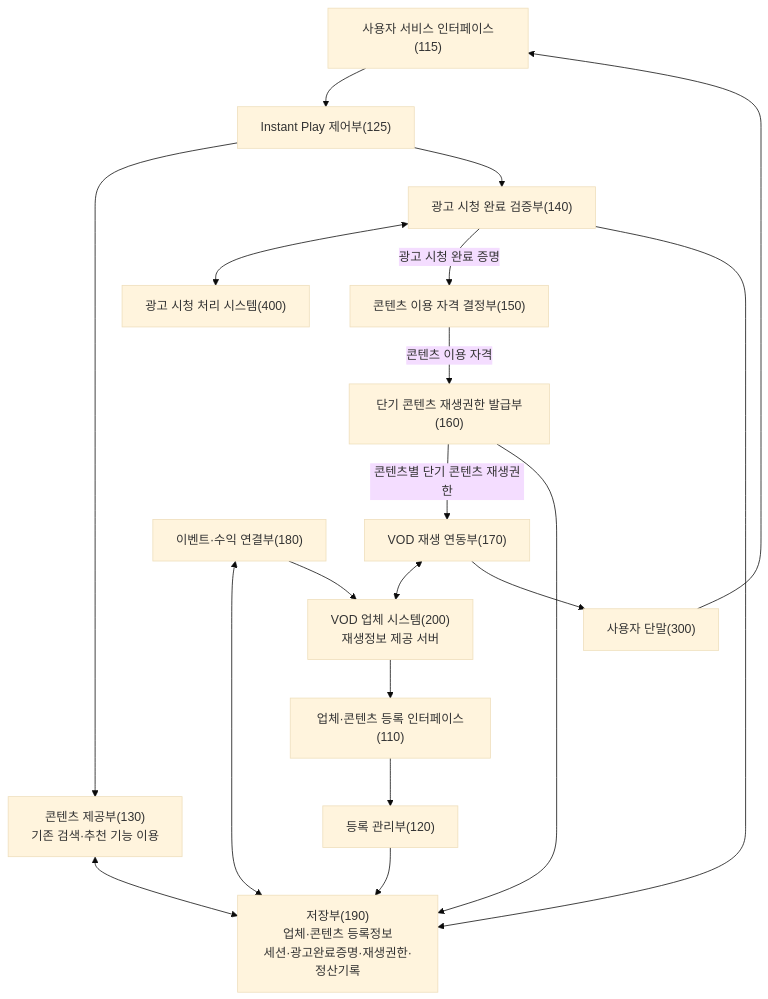
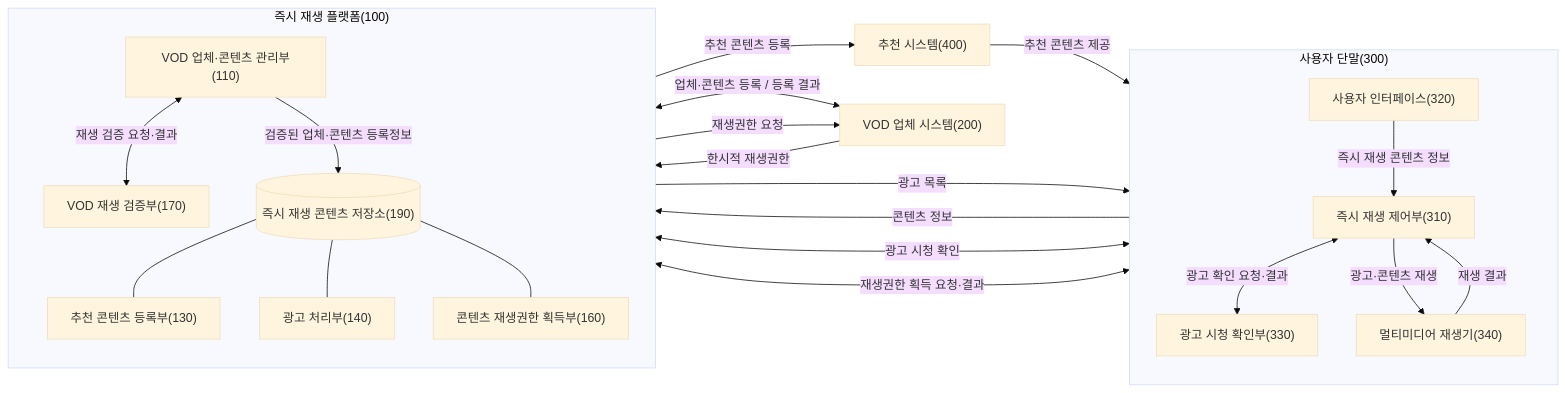
Before and after one commit to growdai1y/instant-play: the first of 4 diagrams in instant_play_platform.md, drawn with Mermaid (base theme). The commit also changed other lines of this file and 2 other files, not shown here.

Commit message:
Update InstantPlay patent documentation

```diff
--- a/instant_play_platform.md
+++ b/instant_play_platform.md
@@ -123,40 +108,44 @@
 ~~~mermaid
-flowchart TB
-    VI["업체·콘텐츠 등록 인터페이스(110)"]
-    UI["사용자 서비스 인터페이스(115)"]
+flowchart LR
+    RECOMMEND["추천 시스템(400)"]
+    VOD["VOD 업체 시스템(200)"]
 
-    REG["등록 관리부(120)"]
-    CTRL["Instant Play 제어부(125)"]
-    DISC["콘텐츠 제공부(130)<br/>기존 검색·추천 기능 이용"]
-    VERIFY["광고 시청 완료 검증부(140)"]
-    ENT["콘텐츠 이용 자격 결정부(150)"]
-    GRANT["단기 콘텐츠 재생권한 발급부(160)"]
-    PLAY["VOD 재생 연동부(170)"]
-    SHARE["이벤트·수익 연결부(180)"]
-    STORE["저장부(190)<br/>업체·콘텐츠 등록정보<br/>세션·광고완료증명·재생권한·정산기록"]
+    subgraph DEVICE["사용자 단말(300)"]
+        direction TB
+        UI["사용자 인터페이스(320)"]
+        CTRL["즉시 재생 제어부(310)"]
+        ADCHECK["광고 시청 확인부(330)"]
+        PLAYER["멀티미디어 재생기(340)"]
 
-    VOD["VOD 업체 시스템(200)<br/>재생정보 제공 서버"]
-    USER["사용자 단말(300)"]
-    AD["광고 시청 처리 시스템(400)"]
+        UI -->|"즉시 재생 콘텐츠 정보"| CTRL
+        CTRL <-->|"광고 확인 요청·결과"| ADCHECK
+        CTRL -->|"광고·콘텐츠 재생"| PLAYER
+        PLAYER -->|"재생 결과"| CTRL
+    end
 
-    VOD --> VI
-    VI --> REG
-    REG --> STORE
+    subgraph PLATFORM["즉시 재생 플랫폼(100)"]
+        direction TB
+        VERIFY["VOD 재생 검증부(170)"]
+        MANAGE["VOD 업체·콘텐츠 관리부(110)"]
+        RECREG["추천 콘텐츠 등록부(130)"]
+        STORE[("즉시 재생 콘텐츠 저장소(190)")]
+        ADPROC["광고 처리부(140)"]
+        GRANT["콘텐츠 재생권한 획득부(160)"]
 
-    USER --> UI
-    UI --> CTRL
-    CTRL --> DISC
-    DISC <--> STORE
-    CTRL --> VERIFY
-    VERIFY <--> AD
-    VERIFY -->|"광고 시청 완료 증명"| ENT
-    ENT -->|"콘텐츠 이용 자격"| GRANT
-    GRANT -->|"콘텐츠별 단기 콘텐츠 재생권한"| PLAY
-    PLAY <--> VOD
-    PLAY --> USER
+        MANAGE <-->|"재생 검증 요청·결과"| VERIFY
+        MANAGE -->|"검증된 업체·콘텐츠 등록정보"| STORE
+        STORE --- RECREG
+        STORE --- ADPROC
+        STORE --- GRANT
+    end
 
-    VERIFY --> STORE
-    GRANT --> STORE
-    SHARE <--> STORE
-    SHARE --> VOD
+    MANAGE <-->|"업체·콘텐츠 등록 / 등록 결과"| VOD
+    RECREG -->|"추천 콘텐츠 등록"| RECOMMEND
+    RECOMMEND -->|"추천 콘텐츠 제공"| UI
+    CTRL -->|"콘텐츠 정보"| ADPROC
+    ADPROC -->|"광고 목록"| CTRL
+    ADCHECK <-->|"광고 시청 확인"| ADPROC
+    CTRL <-->|"재생권한 획득 요청·결과"| GRANT
+    GRANT -->|"재생권한 요청"| VOD
+    VOD -->|"한시적 재생권한"| GRANT
 ~~~
```
